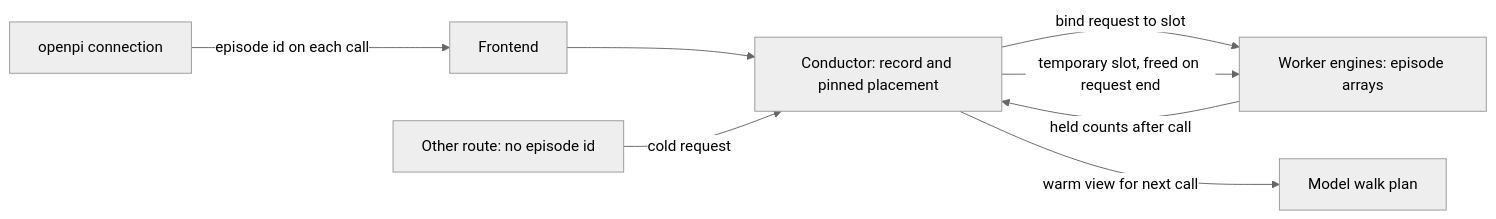
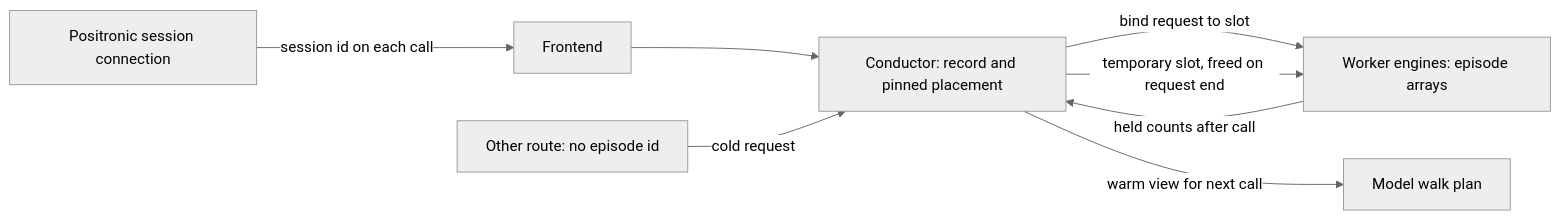
The first of 2 diagrams in docs/design/episode_state.md (mstar-project/mstar), drawn with Mermaid (neutral theme) before and after one commit. The commit also changed other lines of this file, not shown here.

Commit message:
docs: stage cold openpi and Positronic episode serving

````diff
--- a/docs/design/episode_state.md
+++ b/docs/design/episode_state.md
@@ -105,10 +105,10 @@
 ```mermaid
 flowchart LR
-    C[openpi connection] -->|episode id on each call| F[Frontend]
+    C[Positronic session connection] -->|session id on each call| F[Frontend]
     F --> R[Conductor: record and pinned placement]
     R -->|bind request to slot| W[Worker engines: episode arrays]
     W -->|held counts after call| R
     R -->|warm view for next call| P[Model walk plan]
     I[Other route: no episode id] -->|cold request| R
     R -->|temporary slot, freed on request end| W
 ```
````
